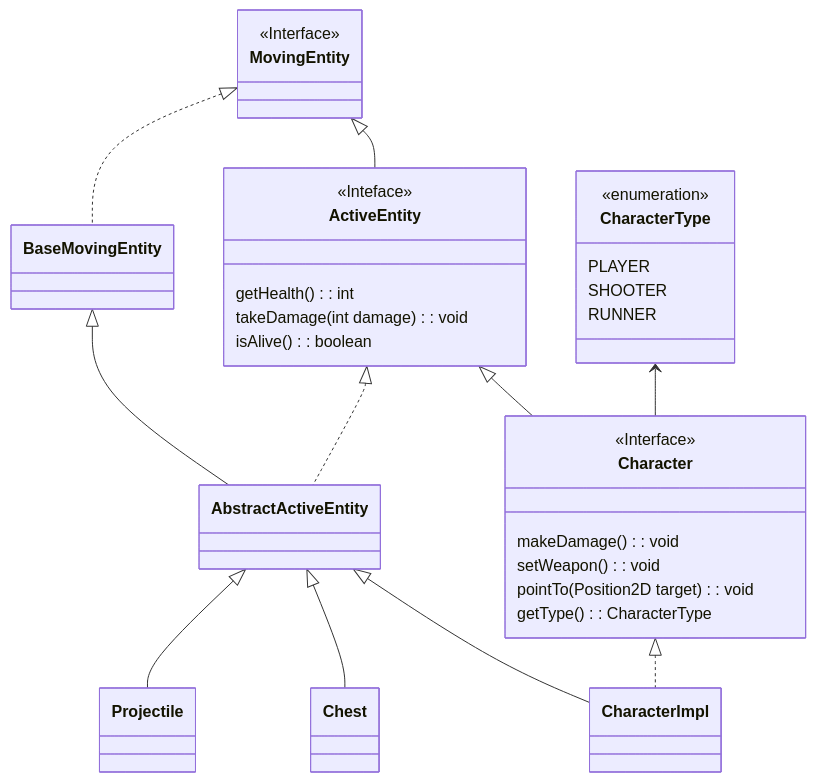
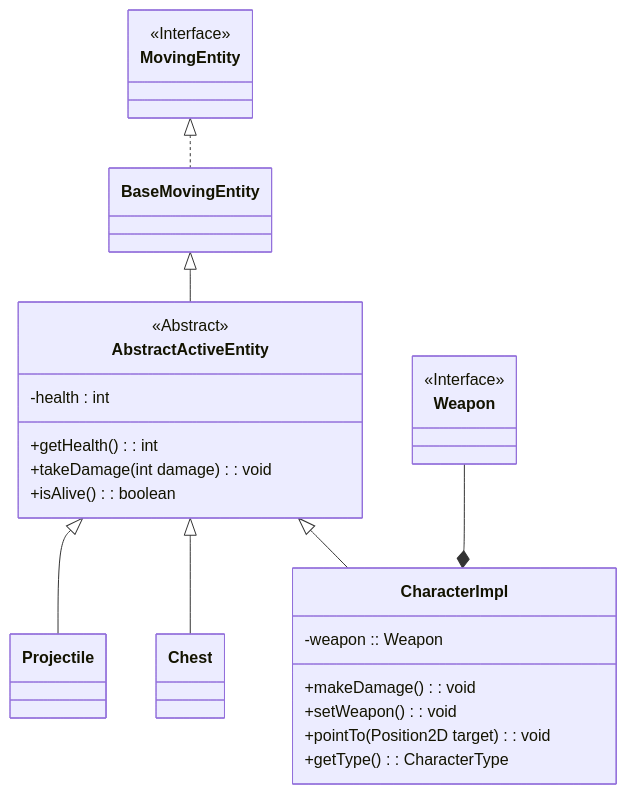
Before and after one commit to frabitta/OOP23-gfight: diagram 15 of 22 in report.md, drawn with Mermaid. The commit also changed other lines of this file, not shown here.

Commit message:
changed my report

````diff
--- a/report.md
+++ b/report.md
@@ -563,45 +563,30 @@
 ```mermaid
 classDiagram
-  MovingEntity <|-- ActiveEntity
   BaseMovingEntity <|-- AbstractActiveEntity
   MovingEntity <|.. BaseMovingEntity
-  ActiveEntity <|.. AbstractActiveEntity
-  ActiveEntity <|-- Character
   AbstractActiveEntity <|-- CharacterImpl
-  Character <|.. CharacterImpl
-  CharacterType <-- Character
   AbstractActiveEntity <|-- Chest
   AbstractActiveEntity <|-- Projectile
+  Weapon --* CharacterImpl
 
   <<Interface>> MovingEntity
-  <<Inteface>> ActiveEntity
-  <<Interface>> Character
-  <<enumeration>> CharacterType
-
-  class ActiveEntity{
-    getHealth() : int
-    takeDamage(int damage) : void
-    isAlive() : boolean 
-  }
-
-  class Character{
-    makeDamage() : void
-    setWeapon() : void
-    pointTo(Position2D target) : void
-    getType() : CharacterType
-  }
-
-  class CharacterType{
-    <<Enumeration>>
-    PLAYER 
-    SHOOTER
-    RUNNER
-  }
+  <<Interface>> Weapon
 
   class AbstractActiveEntity{
+    <<Abstract>>
+    -health : int
+    +getHealth() : int
+    +takeDamage(int damage) : void
+    +isAlive() : boolean 
   }
 
   class CharacterImpl{
+    -weapon :: Weapon
+    +makeDamage() : void
+    +setWeapon() : void
+    +pointTo(Position2D target) : void
+    +getType() : CharacterType
   }
 
+
 ```
````
